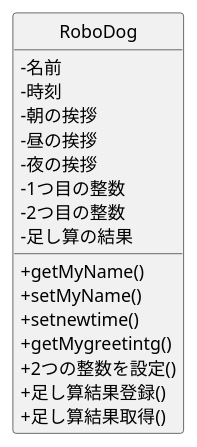
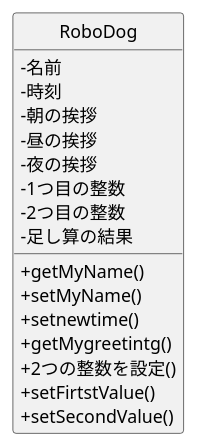
One commit to seiga725/ohara_uml changed the diagram in 06_robo_dog/class.pu. Above: the diagram before and after it, drawn with PlantUML. The commit also changed 2 other files, not shown here.

```diff
--- a/06_robo_dog/class.pu
+++ b/06_robo_dog/class.pu
@@ -1,24 +1,24 @@
 @startuml Robodogクラス図
 skinparam classAttributeIconSize 0
 hide circle
 
 class RoboDog {
  -名前
  -時刻
  -朝の挨拶
  -昼の挨拶
  -夜の挨拶
  -1つ目の整数
  -2つ目の整数
  -足し算の結果
 
  +getMyName()
  +setMyName()
  +setnewtime()
  +getMygreetintg()
  +2つの整数を設定()
- +足し算結果登録()
- +足し算結果取得()
+ +setFirtstValue()
+ +setSecondValue()
 }
 
 @enduml
```
